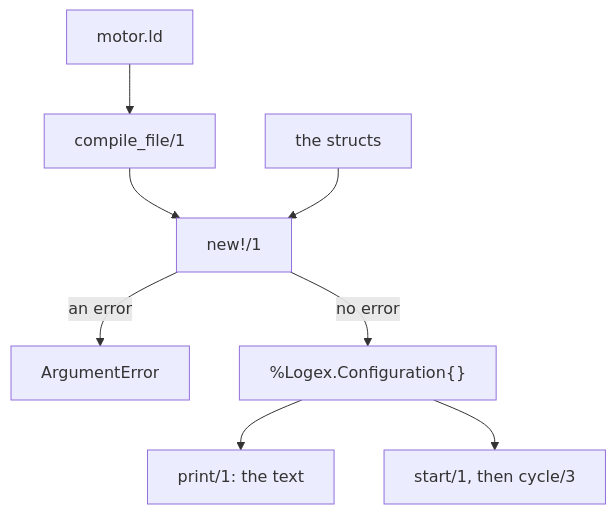
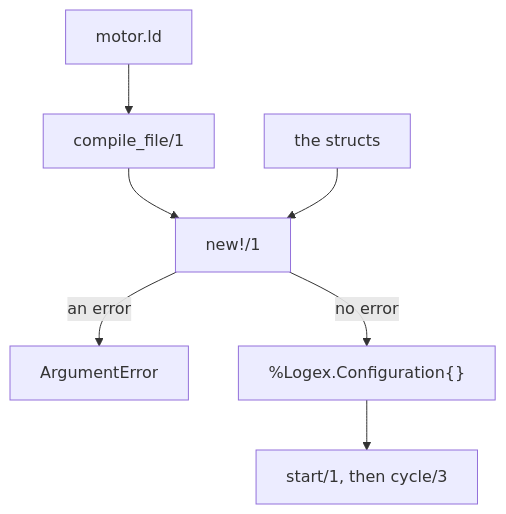
The diagram in guides/howto/build-a-configuration-from-elixir.md (rellen/logex), drawn with Mermaid before and after one commit. The commit also changed other lines of this file and 10 other files, not shown here.

````diff
--- a/guides/howto/build-a-configuration-from-elixir.md
+++ b/guides/howto/build-a-configuration-from-elixir.md
@@ -44,10 +44,9 @@
 ```mermaid
 flowchart TB
   ld["motor.ld"] --> compile["compile_file/1"]
   compile --> new["new!/1"]
   structs["the structs"] --> new
   new -- "an error" --> error["ArgumentError"]
   new -- "no error" --> config["%Logex.Configuration{}"]
-  config --> print["print/1: the text"]
   config --> start["start/1, then cycle/3"]
 ```
````
